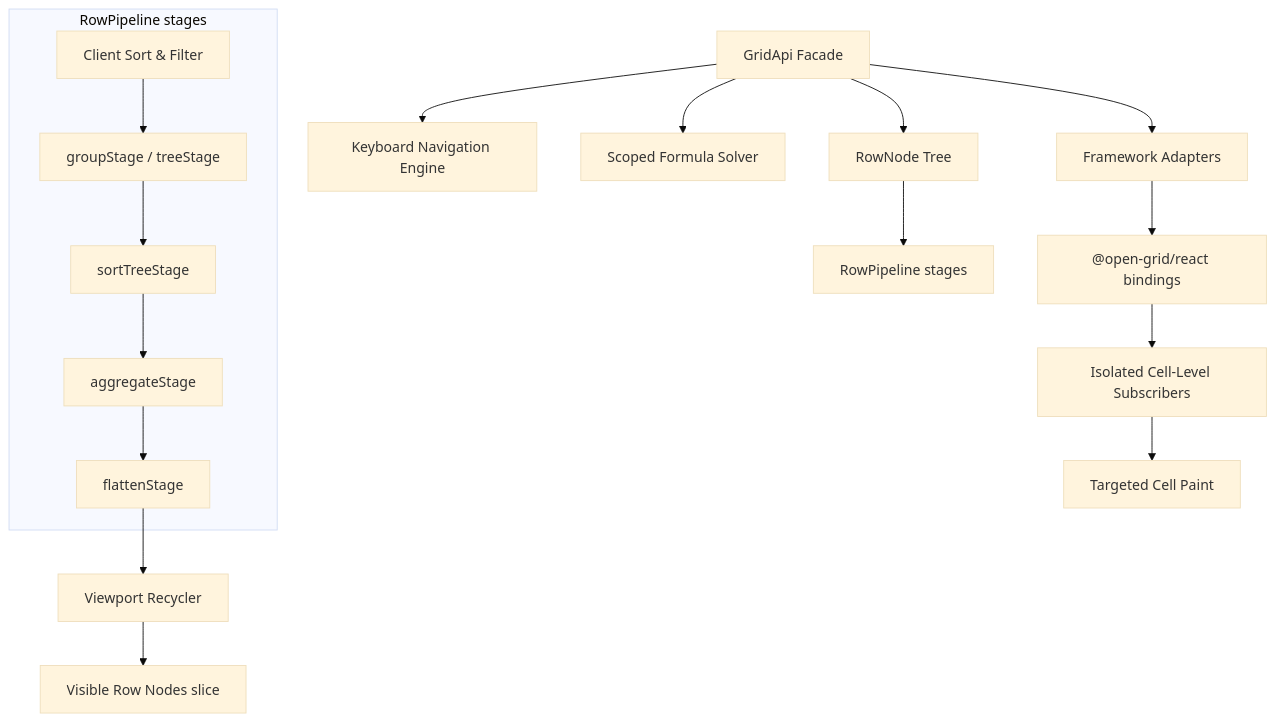
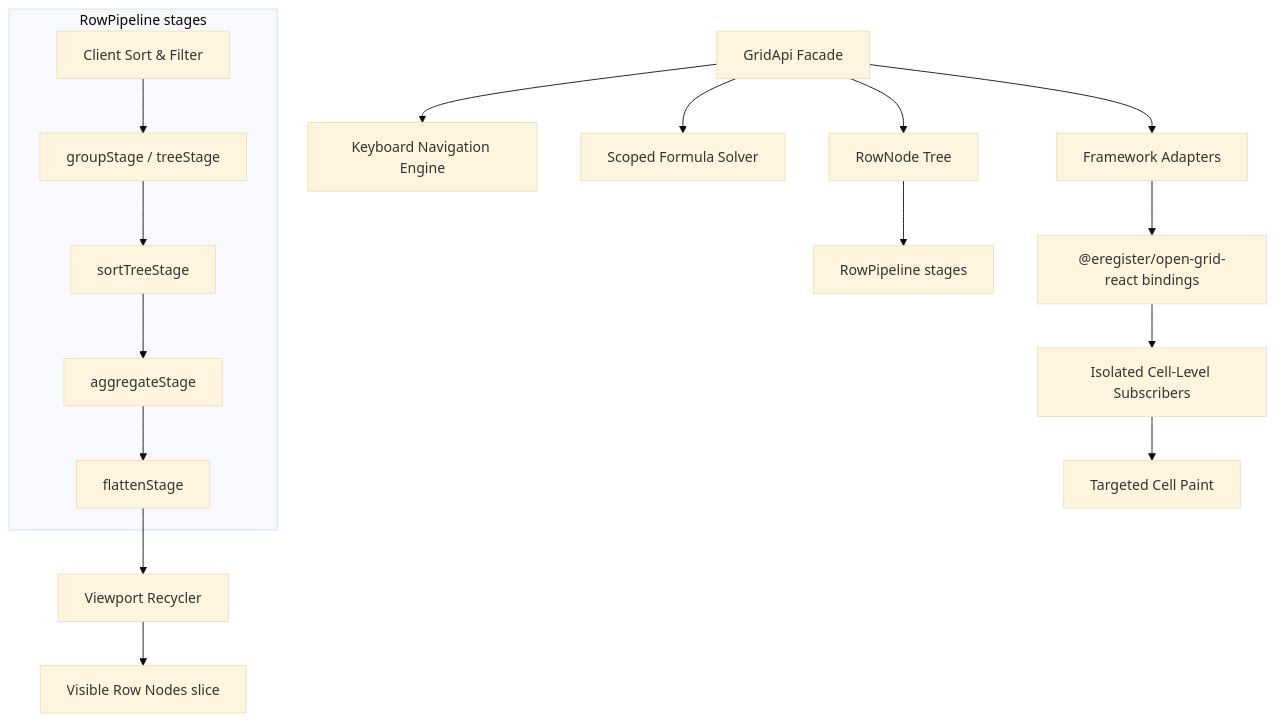
The diagram in README.md (witbybit/open-grid), drawn with Mermaid (base theme) before and after one commit. The commit also changed other lines of this file and 178 other files, not shown here.

````diff
--- a/README.md
+++ b/README.md
@@ -27,24 +27,24 @@
 ```mermaid
 graph TD
     A[GridApi Facade] --> B[RowNode Tree]
     B --> C[RowPipeline stages]
 
     subgraph RowPipelineStages ["RowPipeline stages"]
         C1["Client Sort & Filter"] --> C2["groupStage / treeStage"]
         C2 --> C3[sortTreeStage]
         C3 --> C4[aggregateStage]
         C4 --> C5[flattenStage]
     end
 
     C5 --> D[Viewport Recycler]
     D --> E[Visible Row Nodes slice]
 
     A --> F[Keyboard Navigation Engine]
     A --> G[Scoped Formula Solver]
 
     A --> H[Framework Adapters]
-    H --> I["@open-grid/react bindings"]
+    H --> I["@eregister/open-grid-react bindings"]
 
     I --> J[Isolated Cell-Level Subscribers]
     J --> K[Targeted Cell Paint]
 ```
````
